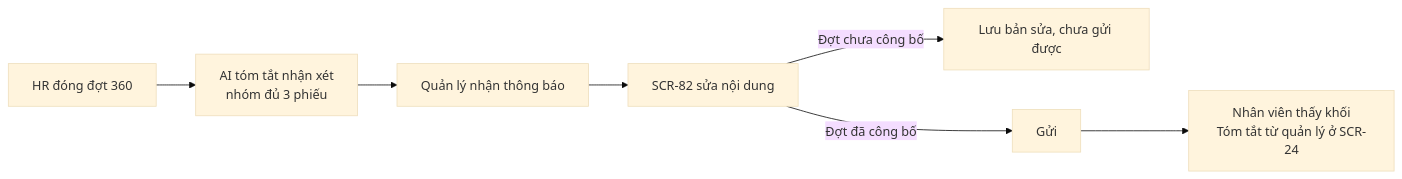
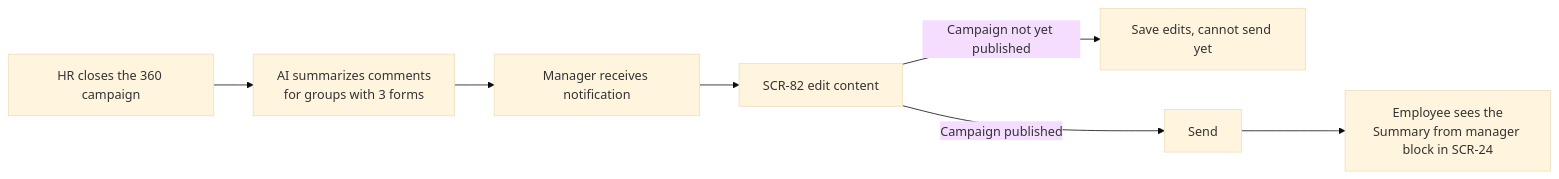
The sixth of 6 diagrams in docs/04-information-architecture.md (Akaza-ban/OCK-360), drawn with Mermaid (base theme) before and after one commit. The commit also changed other lines of this file and 24 other files, not shown here.

````diff
--- a/docs/04-information-architecture.md
+++ b/docs/04-information-architecture.md
@@ -230,9 +230,9 @@
 ```mermaid
 flowchart LR
-    A["HR đóng đợt 360"] --> B["AI tóm tắt nhận xét<br/>nhóm đủ 3 phiếu"]
-    B --> C["Quản lý nhận thông báo"]
-    C --> D["SCR-82 sửa nội dung"]
-    D -->|Đợt chưa công bố| E["Lưu bản sửa, chưa gửi được"]
-    D -->|Đợt đã công bố| F["Gửi"]
-    F --> G["Nhân viên thấy khối<br/>Tóm tắt từ quản lý ở SCR-24"]
+    A["HR closes the 360 campaign"] --> B["AI summarizes comments<br/>for groups with 3 forms"]
+    B --> C["Manager receives notification"]
+    C --> D["SCR-82 edit content"]
+    D --> |Campaign not yet published| E["Save edits, cannot send yet"]
+    D --> |Campaign published| F["Send"]
+    F --> G["Employee sees the<br/>Summary from manager block in SCR-24"]
 ```
````
